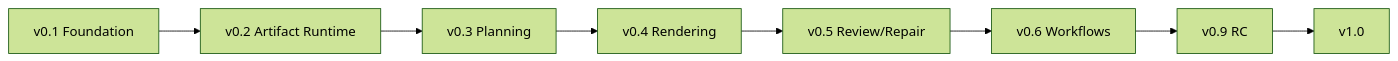
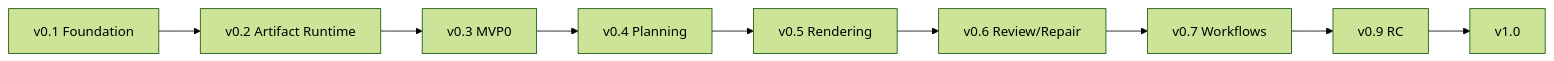
One commit to rv198-star/Slidethus changed the diagram in docs/09-roadmap.md. Above: the diagram before and after it, drawn with Mermaid (forest theme). The commit also changed other lines of this file and 31 other files, not shown here.

````diff
--- a/docs/09-roadmap.md
+++ b/docs/09-roadmap.md
@@ -83,10 +98,11 @@
 ```mermaid
 flowchart LR
     F[v0.1 Foundation] --> A[v0.2 Artifact Runtime]
-    A --> P[v0.3 Planning]
-    P --> R[v0.4 Rendering]
-    R --> Q[v0.5 Review/Repair]
-    Q --> W[v0.6 Workflows]
+    A --> M[v0.3 MVP0]
+    M --> P[v0.4 Planning]
+    P --> R[v0.5 Rendering]
+    R --> Q[v0.6 Review/Repair]
+    Q --> W[v0.7 Workflows]
     W --> RC[v0.9 RC]
     RC --> V[v1.0]
 ```
````
